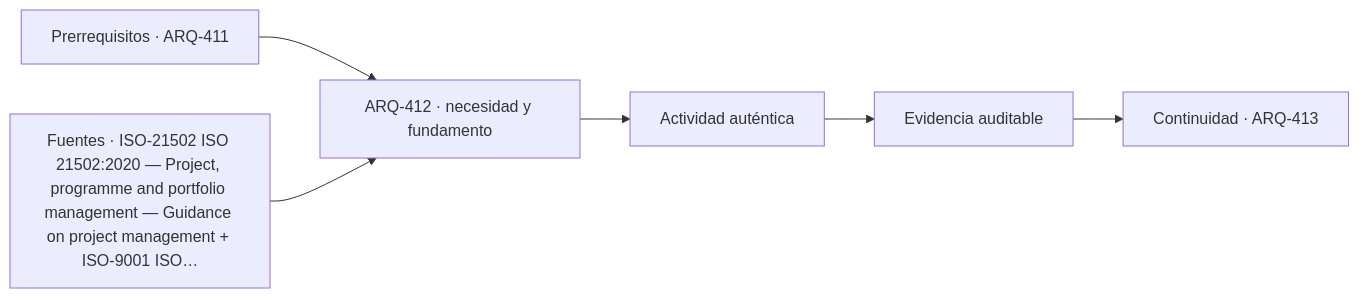
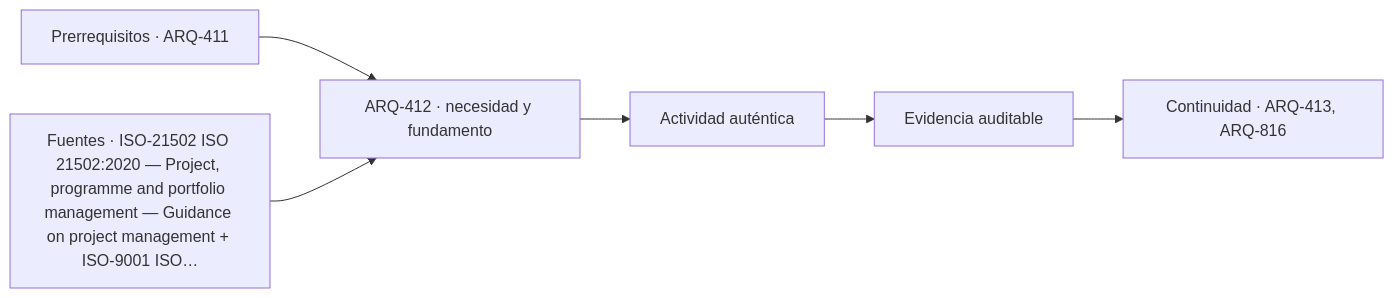
Before and after one commit to vladimiracunadev-create/architecture-built-environment-learning-program: the diagram in classes/parte-42/ARQ-412.md, drawn with Mermaid. The commit also changed other lines of this file and 234 other files, not shown here.

````diff
--- a/classes/parte-42/ARQ-412.md
+++ b/classes/parte-42/ARQ-412.md
@@ -87,8 +87,8 @@
 ```mermaid
 flowchart LR
     A["Prerrequisitos · ARQ-411"] --> B["ARQ-412 · necesidad y fundamento"]
     S["Fuentes · ISO-21502 ISO 21502:2020 — Project, programme and portfolio management — Guidance on project management + ISO-9001 ISO…"] --> B
     B --> C["Actividad auténtica"]
     C --> D["Evidencia auditable"]
-    D --> E["Continuidad · ARQ-413"]
+    D --> E["Continuidad · ARQ-413, ARQ-816"]
 ```
````
